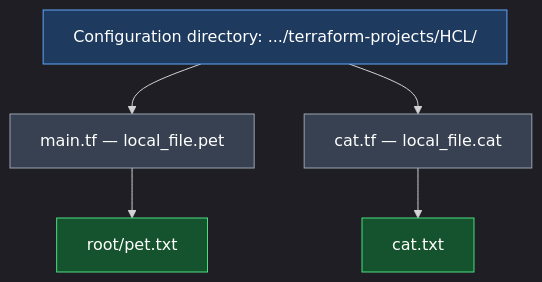
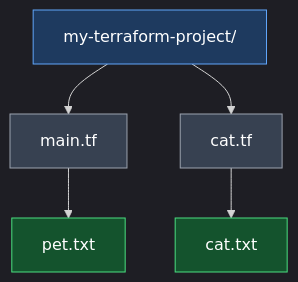
The first of 3 diagrams in 04_Core_Terraform_Basics/02_Configuration_Directory.md (nirajp82/Terraform_Basics), drawn with Mermaid before and after one commit. The commit also changed other lines of this file and 1 other file, not shown here.

Commit message:
Update Diagram

````diff
--- a/04_Core_Terraform_Basics/02_Configuration_Directory.md
+++ b/04_Core_Terraform_Basics/02_Configuration_Directory.md
@@ -77,15 +76,15 @@
 ```mermaid
 %%{init: {'theme': 'dark', 'flowchart': {'htmlLabels': true}}}%%
 flowchart TD
-    DIR["<div style='white-space:nowrap'>Configuration directory: .../terraform-projects/HCL/</div>"]
-    DIR --> MAIN["main.tf — local_file.pet"]
-    DIR --> CAT["cat.tf — local_file.cat"]
-    MAIN --> PET["root/pet.txt"]
+    DIR["my-terraform-project/"]
+    DIR --> MAIN["main.tf"]
+    DIR --> CAT["cat.tf"]
+    MAIN --> PET["pet.txt"]
     CAT --> CATTEXT["cat.txt"]
 
     style DIR fill:#1e3a5f,stroke:#60a5fa,color:#ffffff
     style MAIN fill:#374151,stroke:#9ca3af,color:#ffffff
     style CAT fill:#374151,stroke:#9ca3af,color:#ffffff
     style PET fill:#14532d,stroke:#4ade80,color:#ffffff
     style CATTEXT fill:#14532d,stroke:#4ade80,color:#ffffff
 ```
````
